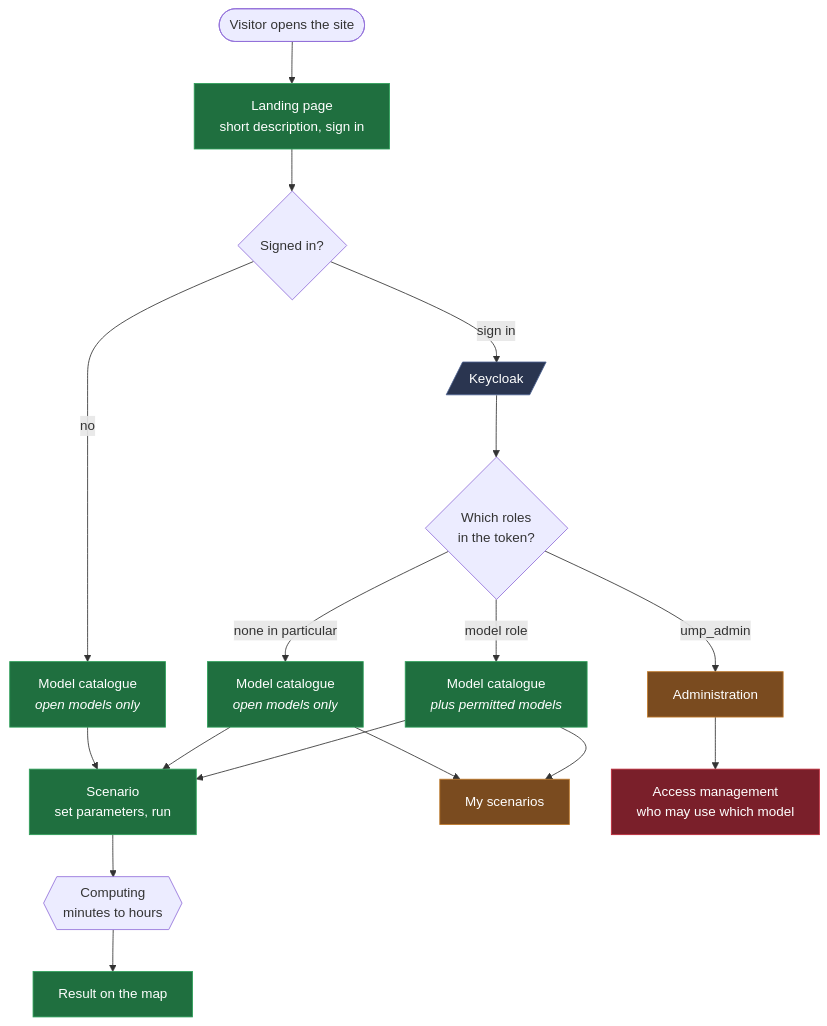
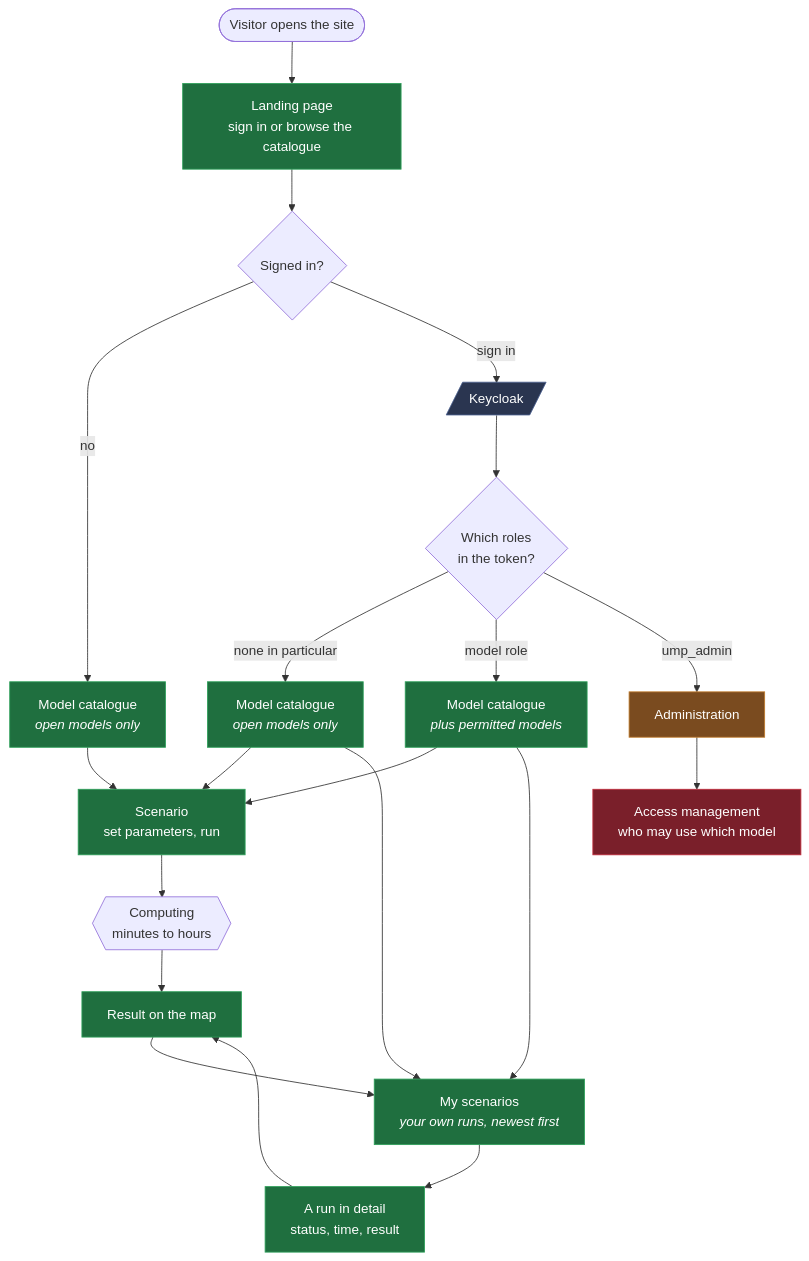
Before and after one commit to Urban-Futures-Collective/ump-x-frontend: the first of 4 diagrams in docs/frontend-flow-en.md, drawn with Mermaid. The commit also changed other lines of this file and 1 other file, not shown here.

First line of the commit message:
docs: bring the flow diagram up to date, keep it in English only

````diff
--- a/docs/frontend-flow-en.md
+++ b/docs/frontend-flow-en.md
@@ -16,40 +18,43 @@
 ```mermaid
 flowchart TD
     Start([Visitor opens the site])
-    Start --> Landing["Landing page<br/>short description, sign in"]
+    Start --> Landing["Landing page<br/>sign in or browse the catalogue"]
 
     Landing --> Q{Signed in?}
 
     Q -->|no| Anon["Model catalogue<br/><i>open models only</i>"]
     Q -->|sign in| KC[/"Keycloak"/]
 
     KC --> Roles{Which roles<br/>in the token?}
 
     Roles -->|none in particular| Basic["Model catalogue<br/><i>open models only</i>"]
     Roles -->|model role| More["Model catalogue<br/><i>plus permitted models</i>"]
     Roles -->|ump_admin| Admin["Administration"]
 
     Anon --> Run
     Basic --> Run
     More --> Run
 
     Run["Scenario<br/>set parameters, run"]
     Run --> Wait{{"Computing<br/>minutes to hours"}}
     Wait --> Map["Result on the map"]
 
     Basic --> Mine
     More --> Mine
-    Mine["My scenarios"]
+    Map --> Mine
+    Mine["My scenarios<br/><i>your own runs, newest first</i>"]
+    Mine --> Detail["A run in detail<br/>status, time, result"]
+    Detail --> Map
 
     Admin --> Matrix["Access management<br/>who may use which model"]
 
     classDef built fill:#1f6f3f,stroke:#2ea05a,color:#fff
     classDef placeholder fill:#7a4b1f,stroke:#c07a2a,color:#fff
     classDef missing fill:#7a1f2a,stroke:#c02a3a,color:#fff
     classDef external fill:#2a3550,stroke:#4a6090,color:#fff
 
-    class Landing,Anon,Basic,More,Run,Map built
-    class Mine,Admin placeholder
+    class Landing,Anon,Basic,More,Run,Map,Mine,Detail built
+    class Admin placeholder
     class Matrix missing
     class KC external
 ```
````
